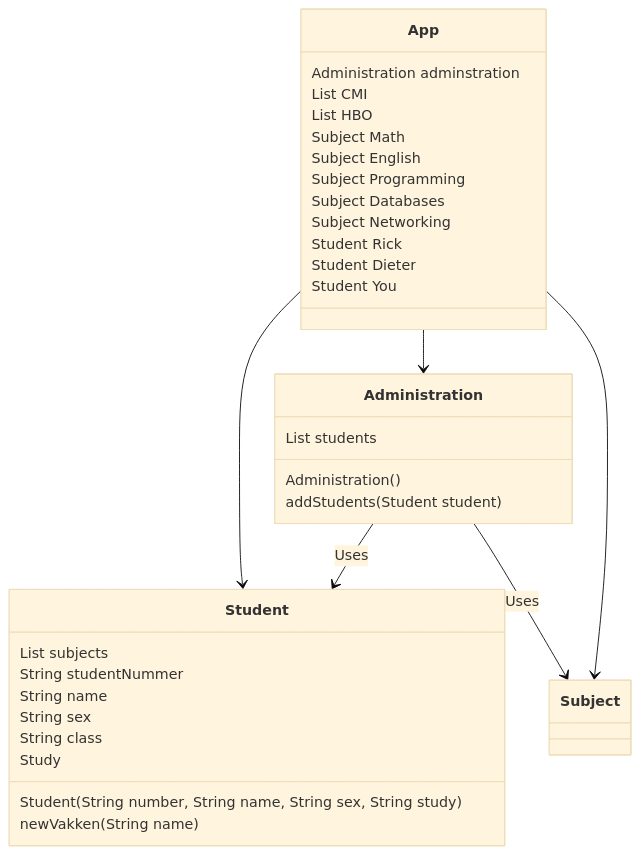
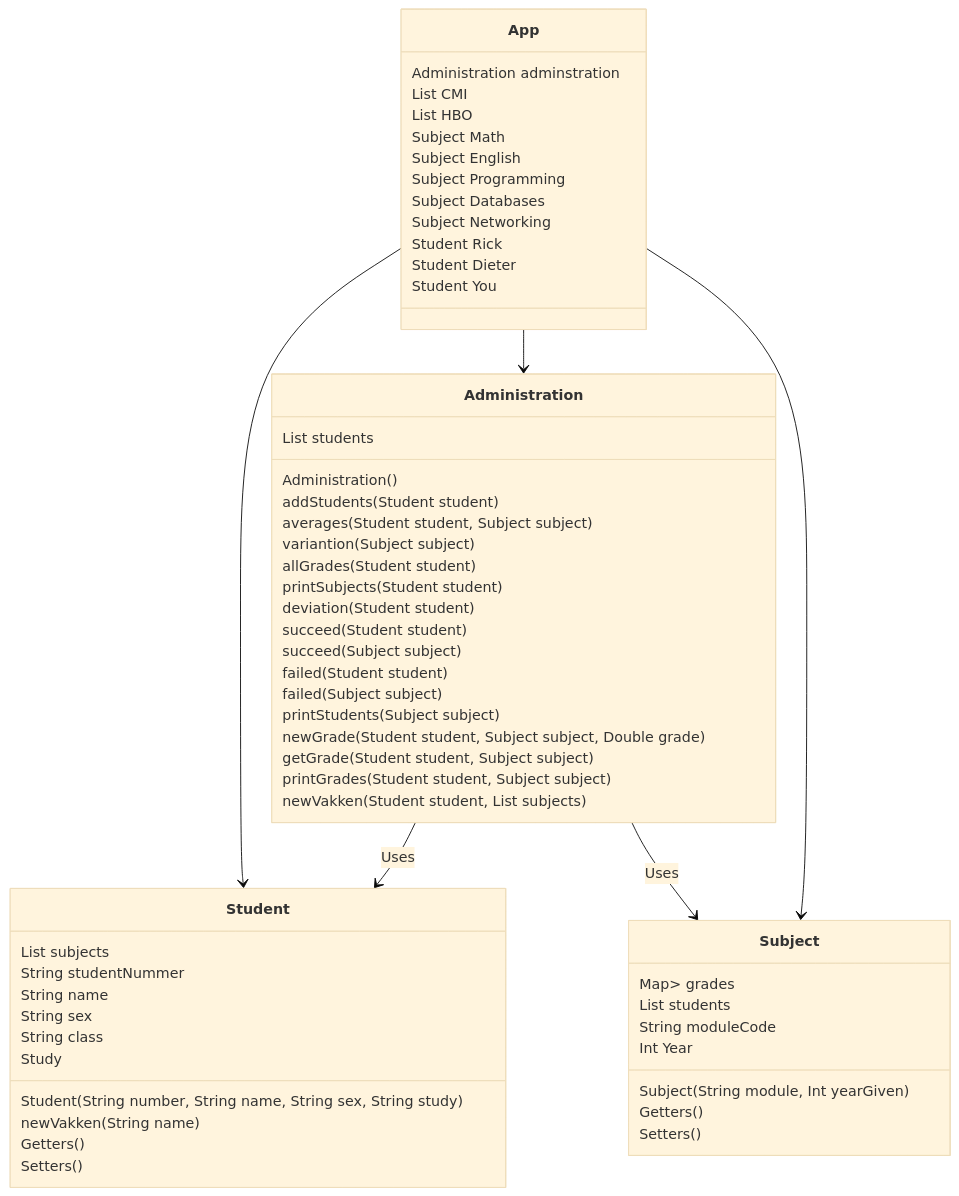
Before and after one commit to RockFreakRickerd/SameCodeDifferentLanguagues: the first of 7 diagrams in SchoolSystem/README.md, drawn with Mermaid (base theme).

````diff
--- a/SchoolSystem/README.md
+++ b/SchoolSystem/README.md
@@ -11,30 +11,53 @@
 ```mermaid
 classDiagram
 App --> Student
 App --> Administration
 App --> Subject
 Administration --> Student: Uses
 Administration --> Subject: Uses
 App: Administration adminstration
 App: List CMI
 App: List HBO
 App: Subject Math
 App: Subject English
 App: Subject Programming
 App: Subject Databases
 App: Subject Networking
 App: Student Rick
 App: Student Dieter
 App: Student You
 Student: List subjects
 Student: String studentNummer
 Student: String name
 Student: String sex
 Student: String class
 Student: Study
 Student: Student(String number, String name, String sex, String study)
 Student: newVakken(String name)
+Student: Getters()
+Student: Setters()
 Administration: List students
 Administration: Administration()
 Administration: addStudents(Student student)
+Administration: averages(Student student, Subject subject)
+Administration: variantion(Subject subject)
+Administration: allGrades(Student student)
+Administration: printSubjects(Student student)
+Administration: deviation(Student student)
+Administration: succeed(Student student)
+Administration: succeed(Subject subject)
+Administration: failed(Student student)
+Administration: failed(Subject subject)
+Administration: printStudents(Subject subject)
+Administration: newGrade(Student student, Subject subject, Double grade)
+Administration: getGrade(Student student, Subject subject)
+Administration: printGrades(Student student, Subject subject)
+Administration: newVakken(Student student, List<Subject> subjects)
+Subject: Map<String, List<Double>> grades
+Subject: List<Student> students
+Subject: String moduleCode
+Subject: Int Year
+Subject: Subject(String module, Int yearGiven)
+Subject: Getters()
+Subject: Setters()
 ```
````
